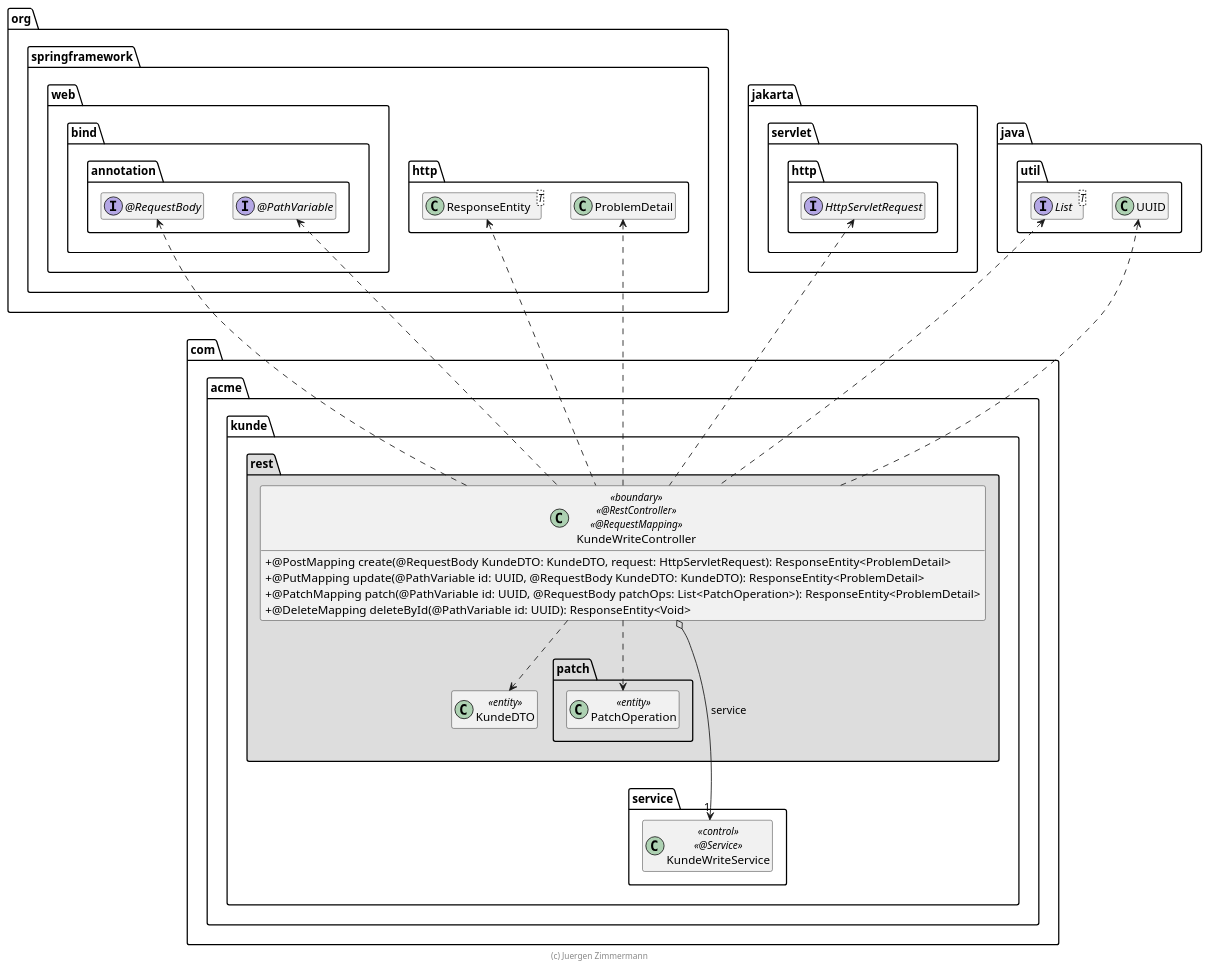
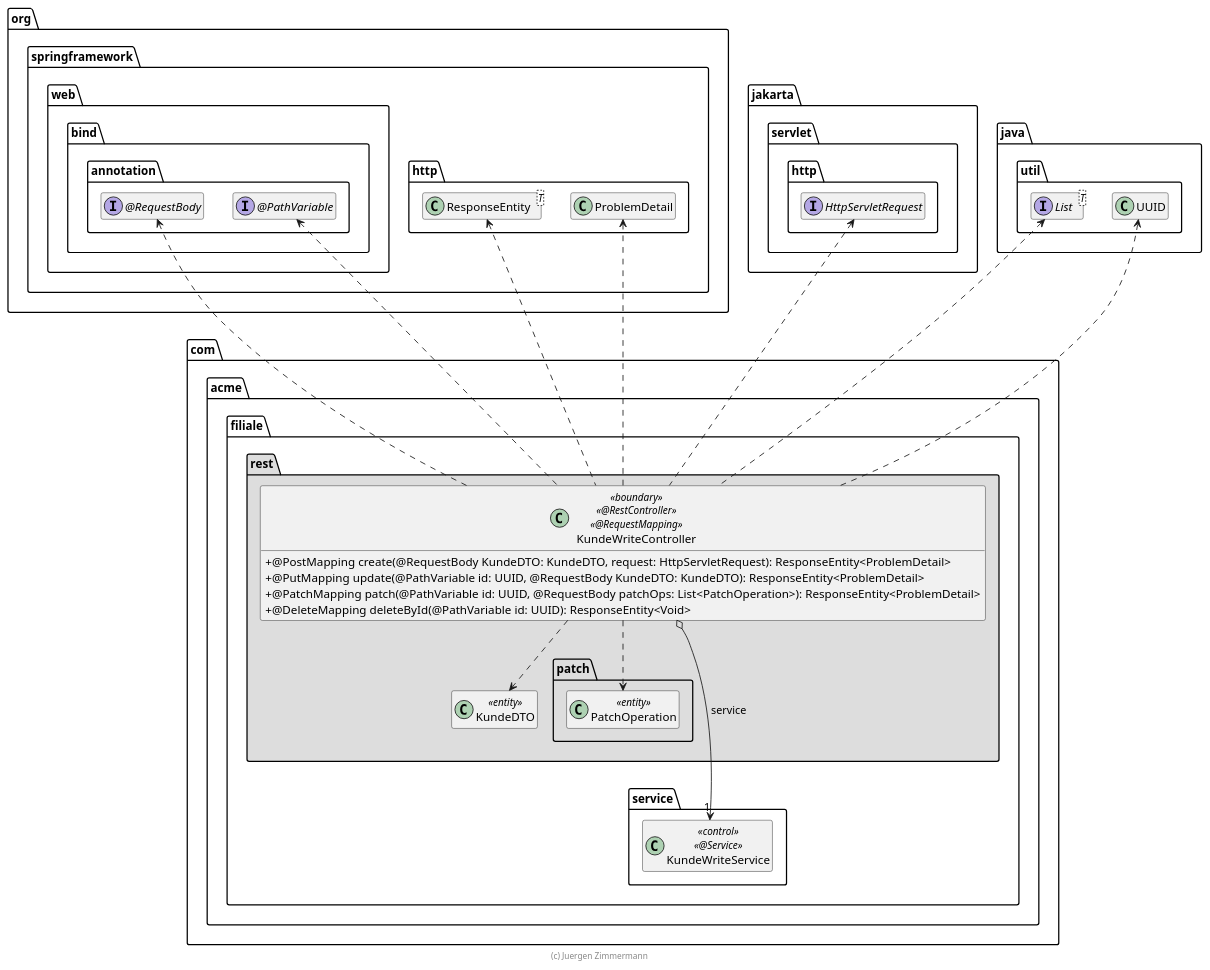
Before and after one commit to buecktobias/SWA_filiale: the diagram in extras/doc/KundeWriteController.plantuml, drawn with PlantUML. The commit also changed 125 other files, not shown here.

```diff
--- a/extras/doc/KundeWriteController.plantuml
+++ b/extras/doc/KundeWriteController.plantuml
@@ -15,69 +15,69 @@
 @startuml KundeWriteController
 
 skinparam classAttributeIconSize 0
 
 package org.springframework {
     package web.bind.annotation {
         interface "@PathVariable" as PathVariable
 
         interface "@RequestBody" as RequestBody
     }
 
     package http {
         class ResponseEntity<T>
         class ProblemDetail
 
     }
 }
 
 package jakarta.servlet.http {
     interface HttpServletRequest
 }
 
 package java.util {
     interface List<T>
     class UUID
 }
 
-package com.acme.kunde {
+package com.acme.filiale {
     package service {
         class KundeWriteService << control >> << @Service >>
     }
 
     package rest #DDDDDD {
         package patch {
             class PatchOperation <<entity>>
         }
 
         class KundeDTO <<entity>>
 
         class KundeWriteController << boundary >> << @RestController >> << @RequestMapping >> {
             + @PostMapping create(@RequestBody KundeDTO: KundeDTO, request: HttpServletRequest): ResponseEntity<ProblemDetail>
             + @PutMapping update(@PathVariable id: UUID, @RequestBody KundeDTO: KundeDTO): ResponseEntity<ProblemDetail>
             + @PatchMapping patch(@PathVariable id: UUID, @RequestBody patchOps: List<PatchOperation>): ResponseEntity<ProblemDetail>
             + @DeleteMapping deleteById(@PathVariable id: UUID): ResponseEntity<Void>
         }
 
         KundeWriteController o-down-> "1" KundeWriteService : service
         KundeWriteController ..> KundeDTO
         KundeWriteController ..> ProblemDetail
         KundeWriteController ..> PatchOperation
 
         KundeWriteController .up.> ResponseEntity
         KundeWriteController .up.> HttpServletRequest
 
         KundeWriteController .up.> PathVariable
         KundeWriteController .up.> RequestBody
 
         KundeWriteController .up.> UUID
         KundeWriteController .up.> List
 
         PatchOperation .[hidden].> KundeWriteService
     }
 }
 
 hide empty members
 
 footer (c) Juergen Zimmermann
 
 @enduml
```
